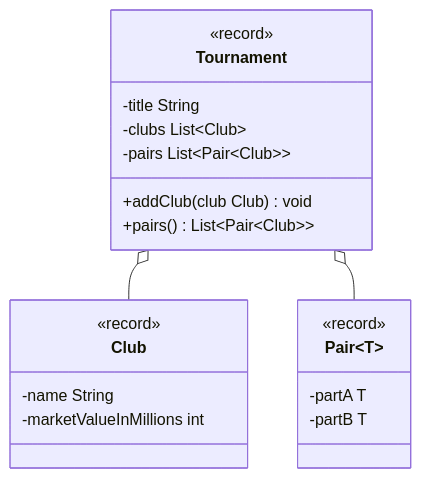
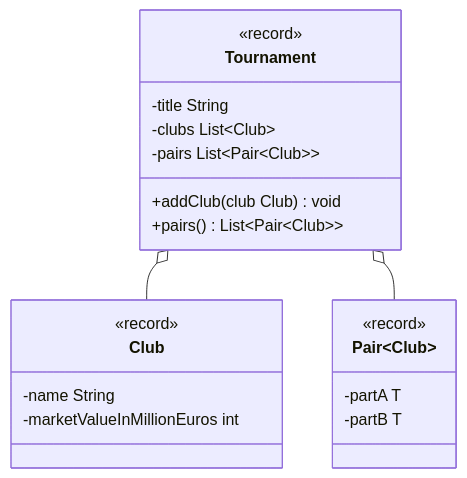
One commit to jappuccini/java-docs changed the diagram in docs/exercises/generics/generics04.md. Above: the diagram before and after it, drawn with Mermaid. The commit also changed other lines of this file and 17 other files, not shown here.

Commit message:
update cheatsheets, mermaids and test-classes

````diff
--- a/docs/exercises/generics/generics04.md
+++ b/docs/exercises/generics/generics04.md
@@ -15,26 +15,26 @@
 ```mermaid
 classDiagram
     Tournament o-- Club
-    Tournament o-- Pair~T~
+    Tournament o-- Pair~Club~
 
-    class Pair~T~ {
+    class Pair~Club~ {
         <<record>>
         -partA T
         -partB T
     }
 
     class Tournament {
         <<record>>
         -title String
         -clubs List~Club~
         -pairs List~Pair~Club~~
         +addClub(club Club) void
         +pairs() List~Pair~Club~~
     }
 
     class Club {
         <<record>>
         -name String
-        -marketValueInMillions int
+        -marketValueInMillionEuros int
     }
 ```
````
